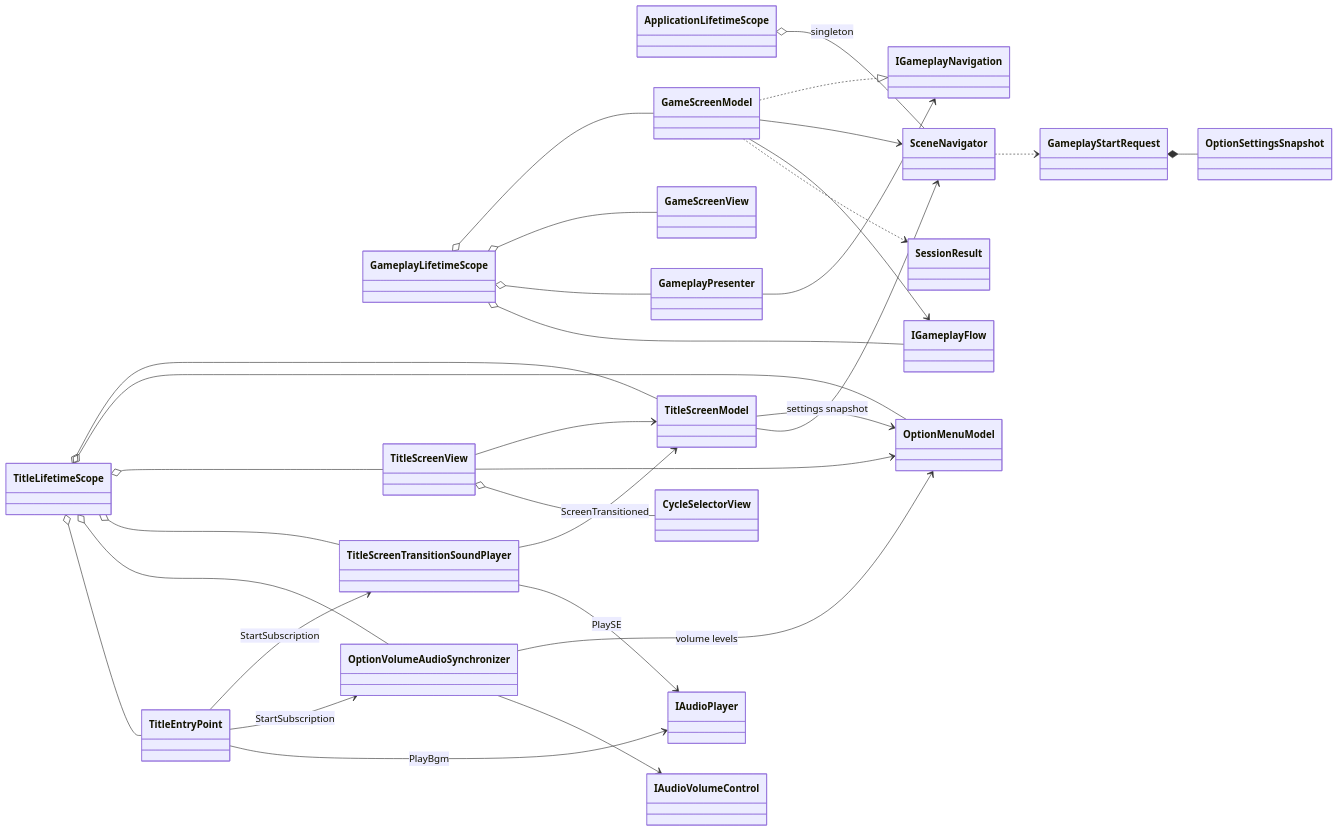
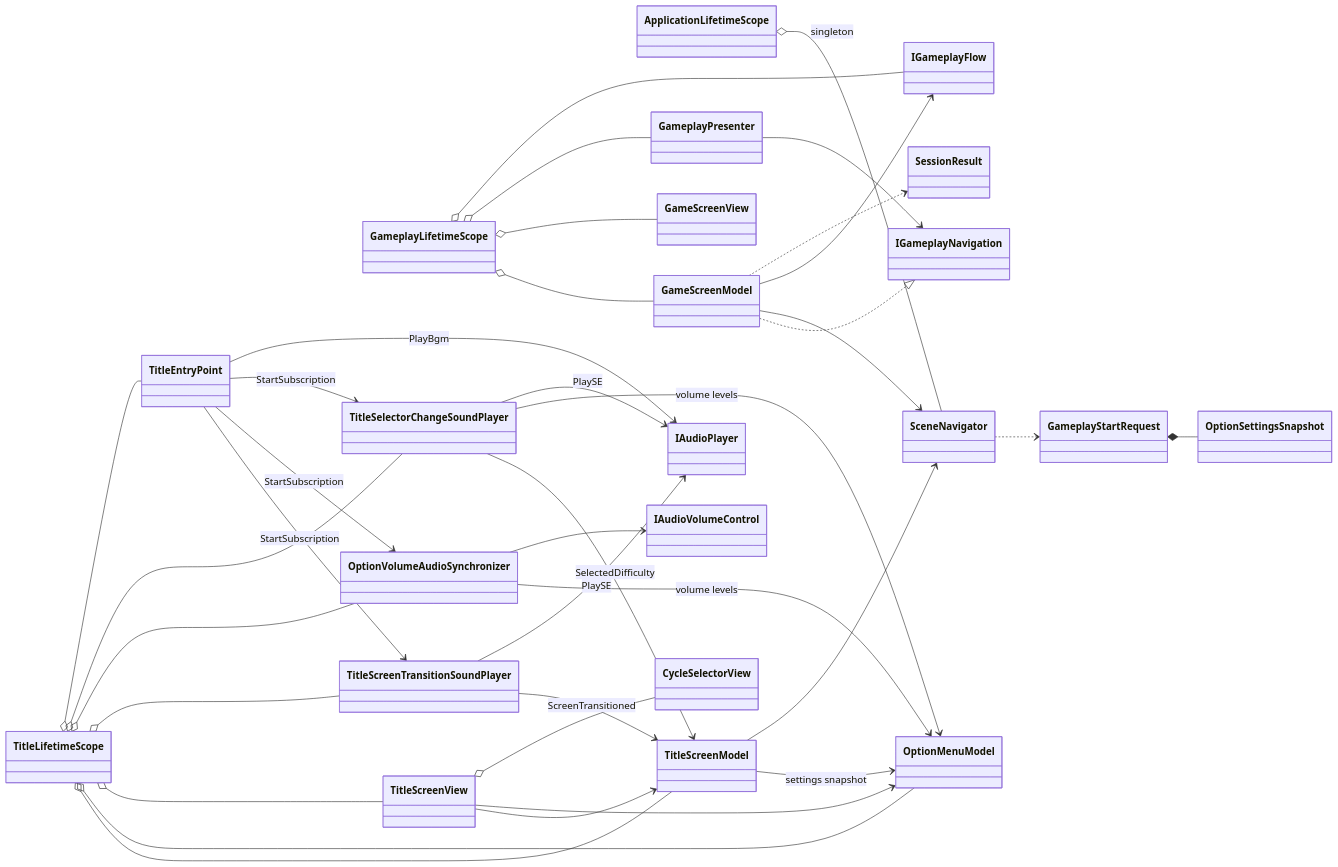
The second of 2 diagrams in docs/architecture/presentation/scene-navigation.md (MicomProcedure/change-change-change), drawn with Mermaid before and after one commit. The commit also changed other lines of this file and 5 other files, not shown here.

````diff
--- a/docs/architecture/presentation/scene-navigation.md
+++ b/docs/architecture/presentation/scene-navigation.md
@@ -78,56 +79,62 @@
 ```mermaid
 classDiagram
 direction LR
 class ApplicationLifetimeScope
 class SceneNavigator
 class TitleLifetimeScope
 class GameplayLifetimeScope
 class TitleScreenModel
 class OptionMenuModel
 class TitleScreenView
 class TitleEntryPoint
 class TitleScreenTransitionSoundPlayer
 class OptionVolumeAudioSynchronizer
+class TitleSelectorChangeSoundPlayer
 class IAudioPlayer
 class IAudioVolumeControl
 class CycleSelectorView
 class GameScreenModel
 class GameScreenView
 class GameplayPresenter
 class IGameplayNavigation
 class IGameplayFlow
 class GameplayStartRequest
 class OptionSettingsSnapshot
 class SessionResult
 
 ApplicationLifetimeScope o-- SceneNavigator : singleton
 TitleLifetimeScope o-- TitleScreenModel
 TitleLifetimeScope o-- OptionMenuModel
 TitleLifetimeScope o-- TitleScreenView
 TitleLifetimeScope o-- TitleScreenTransitionSoundPlayer
 TitleLifetimeScope o-- OptionVolumeAudioSynchronizer
+TitleLifetimeScope o-- TitleSelectorChangeSoundPlayer
 TitleLifetimeScope o-- TitleEntryPoint
 GameplayLifetimeScope o-- GameScreenModel
 GameplayLifetimeScope o-- GameScreenView
 GameplayLifetimeScope o-- GameplayPresenter
 GameplayLifetimeScope o-- IGameplayFlow
 TitleScreenView --> TitleScreenModel
 TitleScreenView --> OptionMenuModel
 TitleScreenView o-- CycleSelectorView
 TitleScreenModel --> OptionMenuModel : settings snapshot
 TitleScreenModel --> SceneNavigator
 TitleEntryPoint --> TitleScreenTransitionSoundPlayer : StartSubscription
 TitleEntryPoint --> OptionVolumeAudioSynchronizer : StartSubscription
+TitleEntryPoint --> TitleSelectorChangeSoundPlayer : StartSubscription
 TitleEntryPoint --> IAudioPlayer : PlayBgm
 TitleScreenTransitionSoundPlayer --> TitleScreenModel : ScreenTransitioned
 TitleScreenTransitionSoundPlayer --> IAudioPlayer : PlaySE
 OptionVolumeAudioSynchronizer --> OptionMenuModel : volume levels
 OptionVolumeAudioSynchronizer --> IAudioVolumeControl
+TitleSelectorChangeSoundPlayer --> TitleScreenModel : SelectedDifficulty
+TitleSelectorChangeSoundPlayer --> OptionMenuModel : volume levels
+TitleSelectorChangeSoundPlayer --> IAudioPlayer : PlaySE
 GameplayPresenter --> IGameplayNavigation
 GameScreenModel ..|> IGameplayNavigation
 GameScreenModel --> SceneNavigator
 GameScreenModel --> IGameplayFlow
 SceneNavigator ..> GameplayStartRequest
 GameplayStartRequest *-- OptionSettingsSnapshot
 GameScreenModel ..> SessionResult
 ```
````
